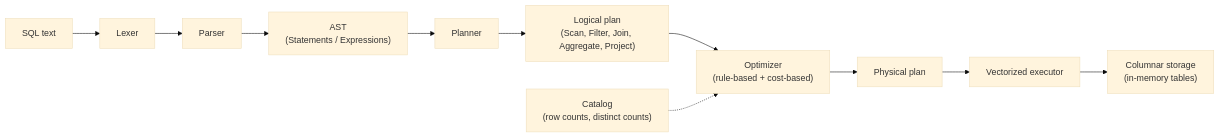
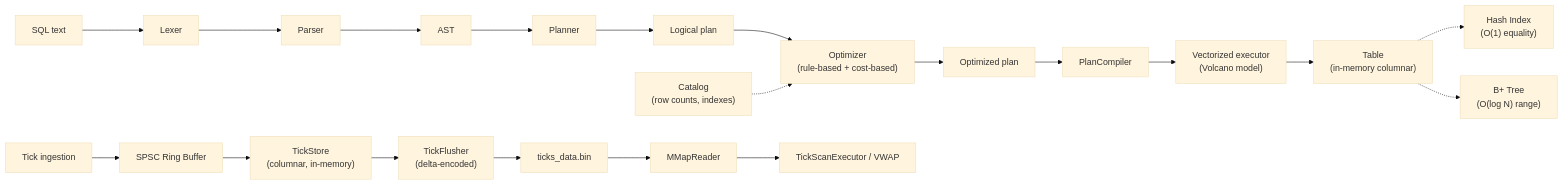
Before and after one commit to ski-akash/Tachyon: the diagram in README.md, drawn with Mermaid (base theme). The commit also changed other lines of this file and 1 other file, not shown here.

````diff
--- a/README.md
+++ b/README.md
@@ -11,13 +13,20 @@
 ```mermaid
 flowchart LR
-    SQL["SQL text"] --> Lexer
-    Lexer --> Parser
-    Parser --> AST["AST\n(Statements / Expressions)"]
-    AST --> Planner
-    Planner --> LP["Logical plan\n(Scan, Filter, Join, Aggregate, Project)"]
+    SQL["SQL text"] --> Lexer --> Parser --> AST["AST"]
+    AST --> Planner --> LP["Logical plan"]
     LP --> Optimizer["Optimizer\n(rule-based + cost-based)"]
-    Optimizer --> PP["Physical plan"]
-    PP --> Executor["Vectorized executor"]
-    Executor --> Storage["Columnar storage\n(in-memory tables)"]
-    Catalog["Catalog\n(row counts, distinct counts)"] -.-> Optimizer
+    Optimizer --> OP["Optimized plan"]
+    OP --> Compiler["PlanCompiler"]
+    Compiler --> Executor["Vectorized executor\n(Volcano model)"]
+    Executor --> Table["Table\n(in-memory columnar)"]
+    Table -.-> HashIdx["Hash Index\n(O(1) equality)"]
+    Table -.-> BTreeIdx["B+ Tree\n(O(log N) range)"]
+    Catalog["Catalog\n(row counts, indexes)"] -.-> Optimizer
+
+    Ticks["Tick ingestion"] --> Ring["SPSC Ring Buffer"]
+    Ring --> TickStore["TickStore\n(columnar, in-memory)"]
+    TickStore --> Flusher["TickFlusher\n(delta-encoded)"]
+    Flusher --> File["ticks_data.bin"]
+    File --> MMap["MMapReader"]
+    MMap --> TickScan["TickScanExecutor / VWAP"]
 ```
````
